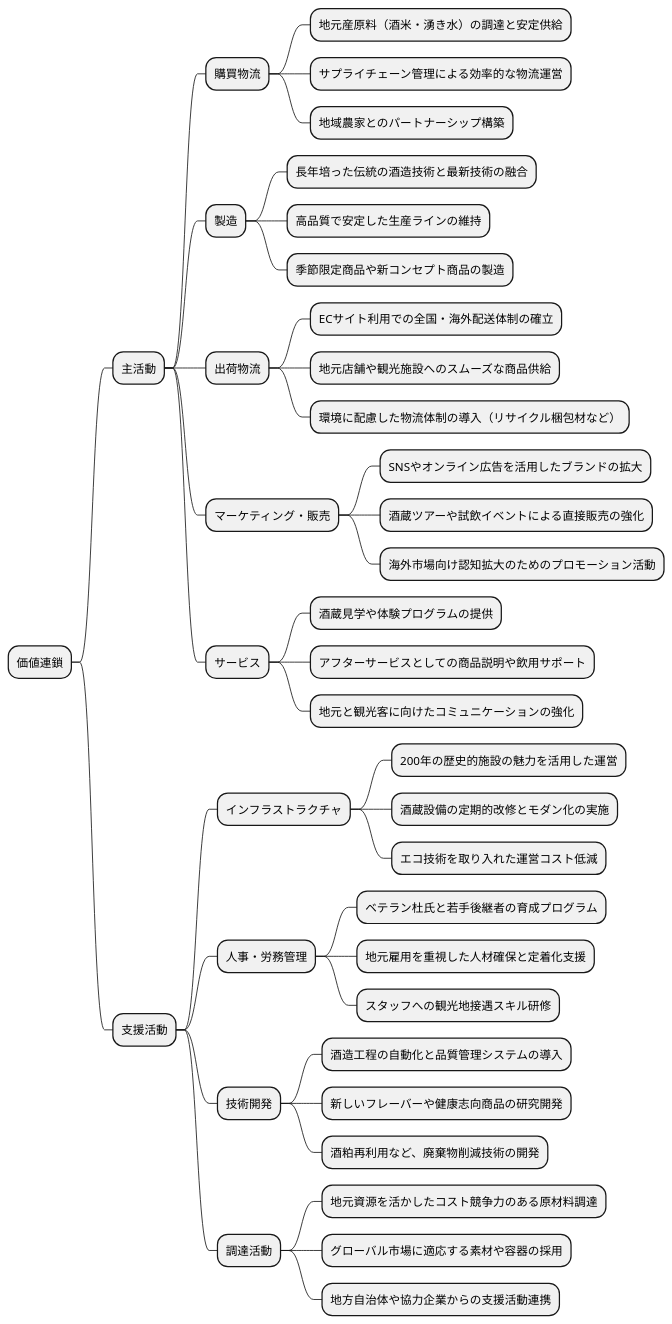
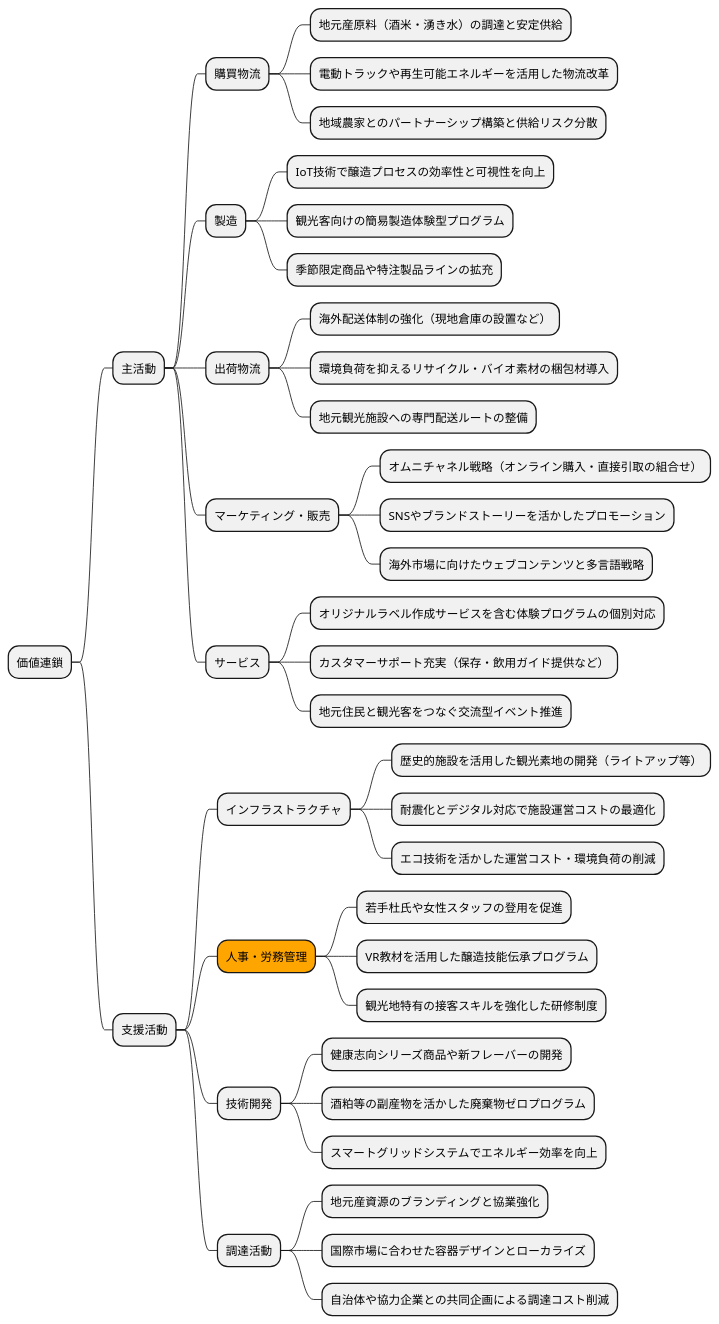
The tenth of 19 diagrams in docs/case/r02_case_1.adoc (k2works/case-study-business-analysis), drawn with PlantUML before and after one commit. The commit also changed other lines of this file, not shown here.

```diff
--- a/docs/case/r02_case_1.adoc
+++ b/docs/case/r02_case_1.adoc
@@ -385,46 +400,46 @@
 [plantuml]
 ----
 @startmindmap
 
 * 価値連鎖
 ** 主活動
 *** 購買物流
 **** 地元産原料（酒米・湧き水）の調達と安定供給
-**** サプライチェーン管理による効率的な物流運営
-**** 地域農家とのパートナーシップ構築
+**** 電動トラックや再生可能エネルギーを活用した物流改革
+**** 地域農家とのパートナーシップ構築と供給リスク分散
 *** 製造
-**** 長年培った伝統の酒造技術と最新技術の融合
-**** 高品質で安定した生産ラインの維持
-**** 季節限定商品や新コンセプト商品の製造
+**** IoT技術で醸造プロセスの効率性と可視性を向上
+**** 観光客向けの簡易製造体験型プログラム
+**** 季節限定商品や特注製品ラインの拡充
 *** 出荷物流
-**** ECサイト利用での全国・海外配送体制の確立
-**** 地元店舗や観光施設へのスムーズな商品供給
-**** 環境に配慮した物流体制の導入（リサイクル梱包材など）
+**** 海外配送体制の強化（現地倉庫の設置など）
+**** 環境負荷を抑えるリサイクル・バイオ素材の梱包材導入
+**** 地元観光施設への専門配送ルートの整備
 *** マーケティング・販売
-**** SNSやオンライン広告を活用したブランドの拡大
-**** 酒蔵ツアーや試飲イベントによる直接販売の強化
-**** 海外市場向け認知拡大のためのプロモーション活動
+**** オムニチャネル戦略（オンライン購入・直接引取の組合せ）
+**** SNSやブランドストーリーを活かしたプロモーション
+**** 海外市場に向けたウェブコンテンツと多言語戦略
 *** サービス
-**** 酒蔵見学や体験プログラムの提供
-**** アフターサービスとしての商品説明や飲用サポート
-**** 地元と観光客に向けたコミュニケーションの強化
+**** オリジナルラベル作成サービスを含む体験プログラムの個別対応
+**** カスタマーサポート充実（保存・飲用ガイド提供など）
+**** 地元住民と観光客をつなぐ交流型イベント推進
 ** 支援活動
 *** インフラストラクチャ
-**** 200年の歴史的施設の魅力を活用した運営
-**** 酒蔵設備の定期的改修とモダン化の実施
-**** エコ技術を取り入れた運営コスト低減
-*** 人事・労務管理
-**** ベテラン杜氏と若手後継者の育成プログラム
-**** 地元雇用を重視した人材確保と定着化支援
-**** スタッフへの観光地接遇スキル研修
+**** 歴史的施設を活用した観光素地の開発（ライトアップ等）
+**** 耐震化とデジタル対応で施設運営コストの最適化
+**** エコ技術を活かした運営コスト・環境負荷の削減
+***[#orange] 人事・労務管理
+**** 若手杜氏や女性スタッフの登用を促進
+**** VR教材を活用した醸造技能伝承プログラム
+**** 観光地特有の接客スキルを強化した研修制度
 *** 技術開発
-**** 酒造工程の自動化と品質管理システムの導入
-**** 新しいフレーバーや健康志向商品の研究開発
-**** 酒粕再利用など、廃棄物削減技術の開発
+**** 健康志向シリーズ商品や新フレーバーの開発
+**** 酒粕等の副産物を活かした廃棄物ゼロプログラム
+**** スマートグリッドシステムでエネルギー効率を向上
 *** 調達活動
-**** 地元資源を活かしたコスト競争力のある原材料調達
-**** グローバル市場に適応する素材や容器の採用
-**** 地方自治体や協力企業からの支援活動連携
+**** 地元産資源のブランディングと協業強化
+**** 国際市場に合わせた容器デザインとローカライズ
+**** 自治体や協力企業との共同企画による調達コスト削減
 
 @endmindmap
 ----
```
